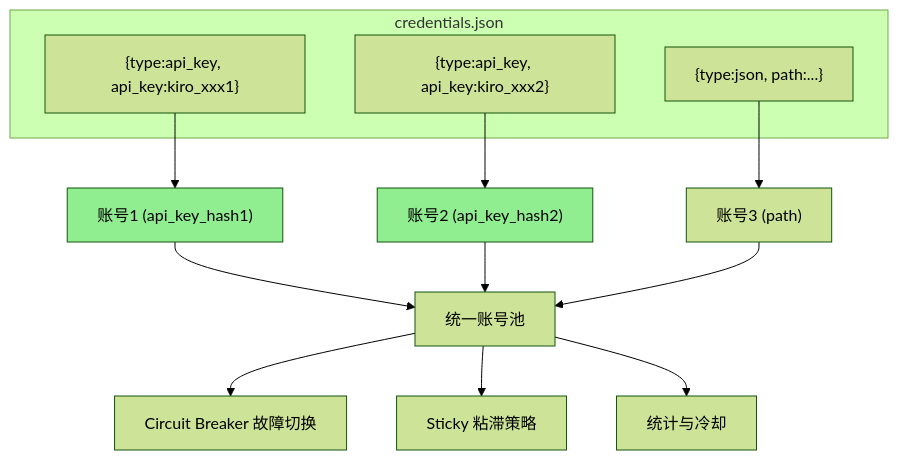
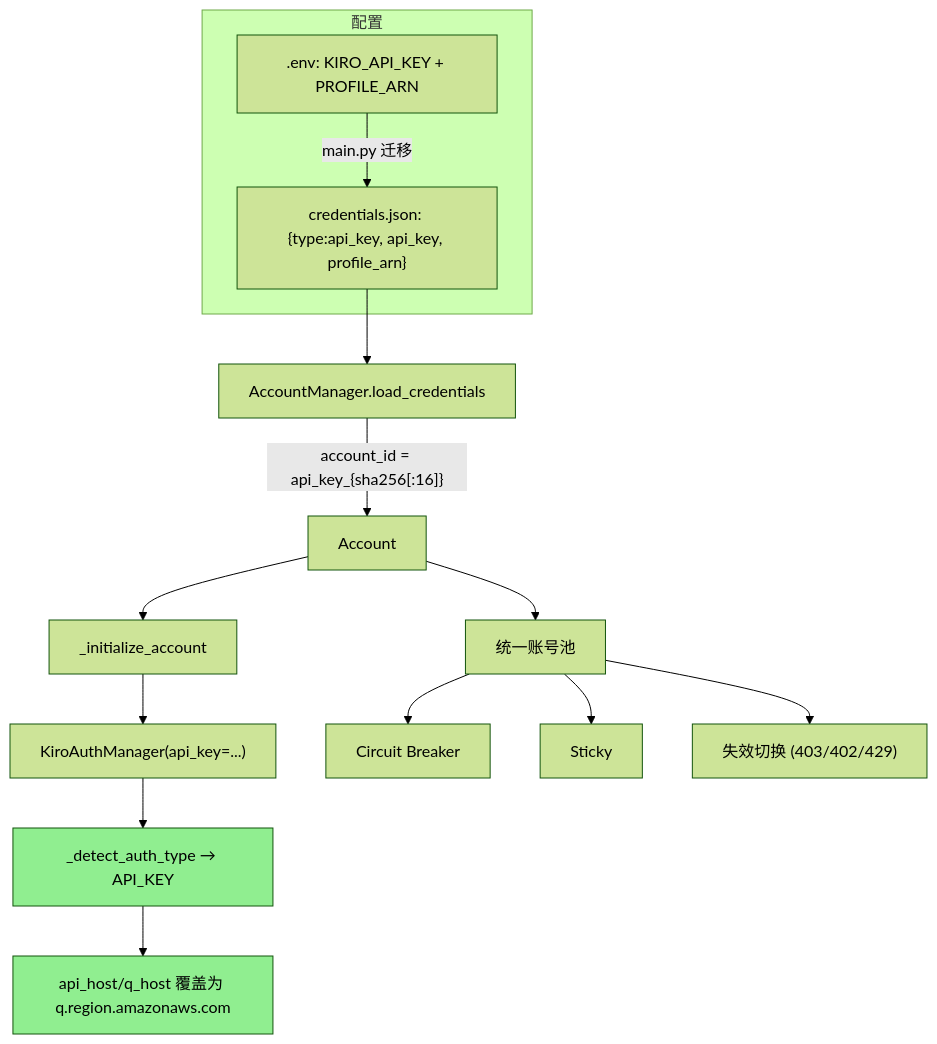
Before and after one commit to liangyimingcom/kiro-gateway_jwadow: the third of 5 diagrams in docs/zh/API_KEY_AUTH_DESIGN.md, drawn with Mermaid (forest theme). The commit also changed other lines of this file and 6 other files, not shown here.

First line of the commit message:
feat(auth): API key as session credential - explicit profile_arn + skip ListAvailableModels

````diff
--- a/docs/zh/API_KEY_AUTH_DESIGN.md
+++ b/docs/zh/API_KEY_AUTH_DESIGN.md
@@ -237,23 +89,22 @@
 ```mermaid
 flowchart TD
-    subgraph credentials.json
-        K1["{type:api_key, api_key:kiro_xxx1}"]
-        K2["{type:api_key, api_key:kiro_xxx2}"]
-        K3["{type:json, path:...}"]
+    subgraph 配置
+        ENV[".env: KIRO_API_KEY + PROFILE_ARN"]
+        JSON["credentials.json: {type:api_key, api_key, profile_arn}"]
     end
+    ENV -->|main.py 迁移| JSON
+    JSON --> AM[AccountManager.load_credentials]
+    AM -->|"account_id = api_key_{sha256[:16]}"| ACC[Account]
+    ACC --> INIT[_initialize_account]
+    INIT --> KAM["KiroAuthManager(api_key=...)"]
+    KAM --> DT[_detect_auth_type → API_KEY]
+    DT --> HOST["api_host/q_host 覆盖为 q.region.amazonaws.com"]
 
-    K1 --> ACC1["账号1 (api_key_hash1)"]
-    K2 --> ACC2["账号2 (api_key_hash2)"]
-    K3 --> ACC3["账号3 (path)"]
+    ACC --> POOL[统一账号池]
+    POOL --> CB[Circuit Breaker]
+    POOL --> STICKY[Sticky]
+    POOL --> FAIL["失效切换 (403/402/429)"]
 
-    ACC1 --> POOL["统一账号池"]
-    ACC2 --> POOL
-    ACC3 --> POOL
-
-    POOL --> CB["Circuit Breaker 故障切换"]
-    POOL --> STICKY["Sticky 粘滞策略"]
-    POOL --> STATS["统计与冷却"]
-
-    style ACC1 fill:#90EE90
-    style ACC2 fill:#90EE90
+    style DT fill:#90EE90
+    style HOST fill:#90EE90
 ```
````
